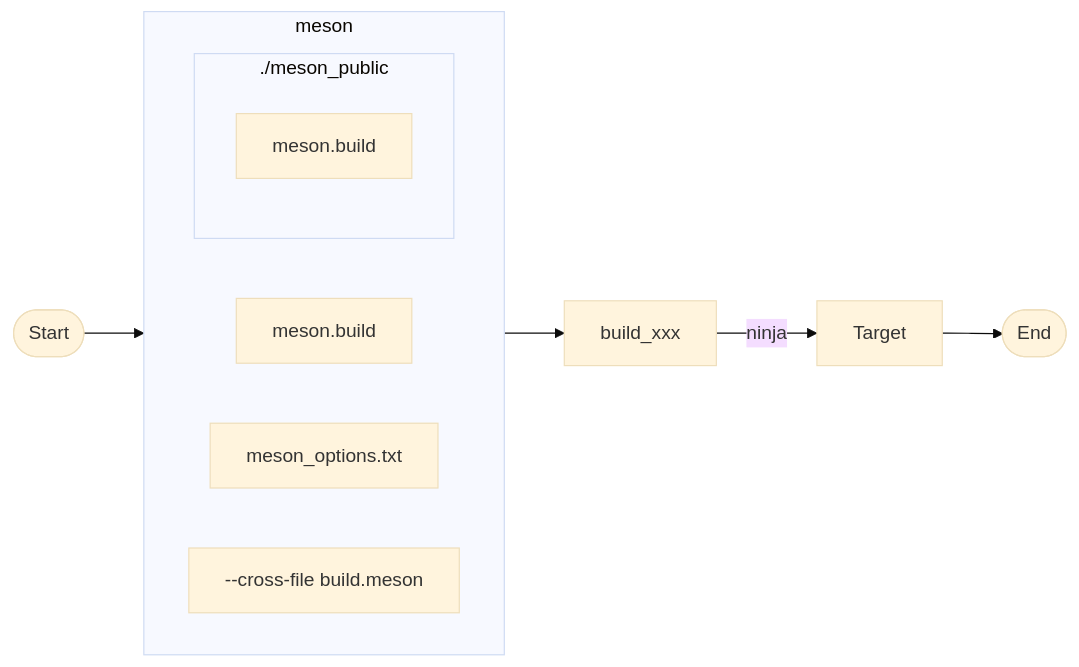
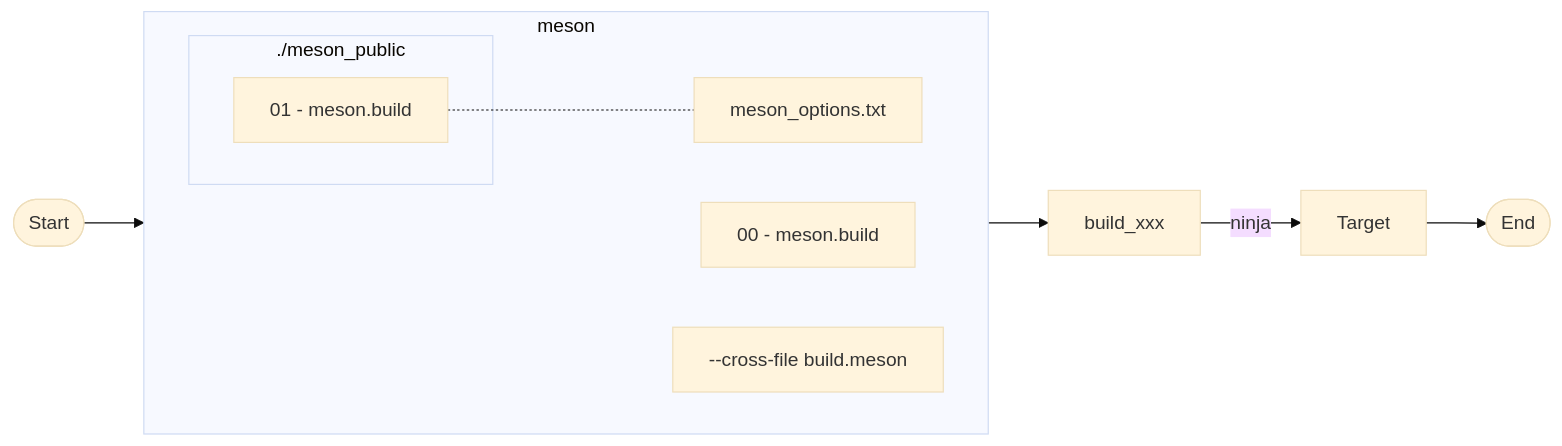
One commit to lankahsu520/makeXcmakeXmesonXgn changed the third of 4 diagrams in README.md. Above: the diagram before and after it, drawn with Mermaid (base theme). The commit also changed other lines of this file and 2 other files, not shown here.

Commit message:
add debug messages

````diff
--- a/README.md
+++ b/README.md
@@ -67,17 +67,18 @@
 ```mermaid
 flowchart LR
 	Start([Start])
 	subgraph meson[meson]
 		direction LR
-		meson_build[meson.build]
+		meson_build[00 - meson.build]
 		meson_options[meson_options.txt]
 		cross[--cross-file build.meson]
 		subgraph meson_public[./meson_public]
-			meson_build_public[meson.build]
+			meson_build_public[01 - meson.build]
 		end
+		meson_build_public-..-meson_options
 	end
 	End([End])
 	
 	Start --> meson --> build_xxx --> |ninja|Target --> End
 
 ```
````
